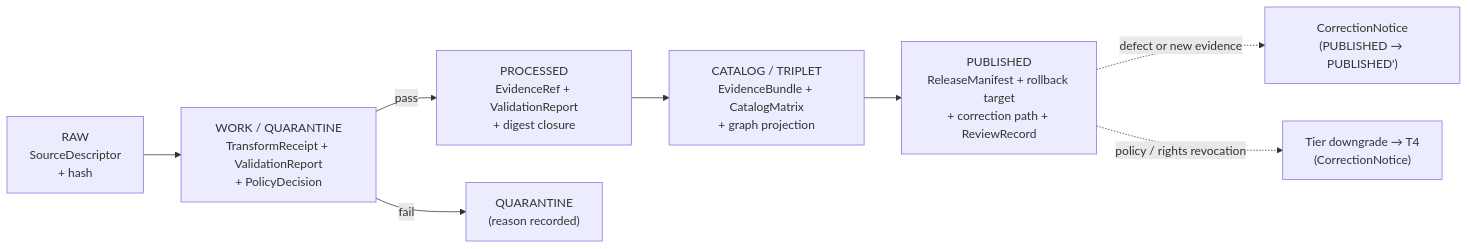
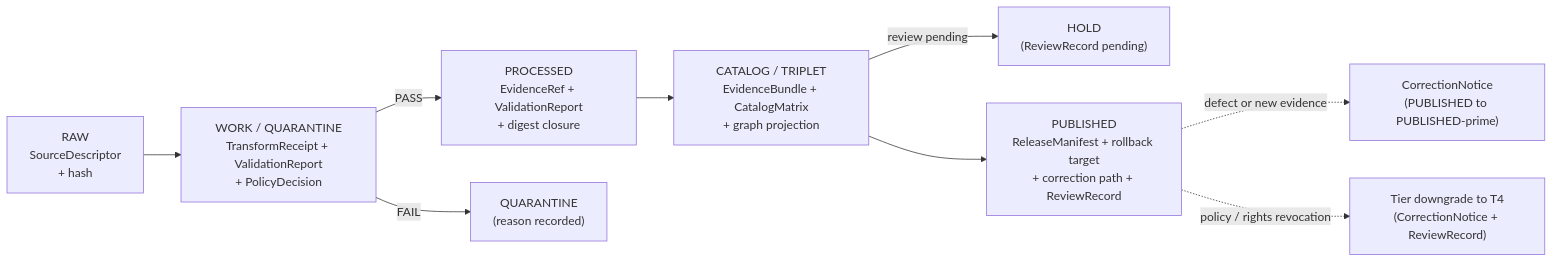
One commit to bartytime4life/Kansas-Frontier-Matrix changed the diagram in docs/domains/settlements-infrastructure/sublanes/settlements.md. Above: the diagram before and after it, drawn with Mermaid. The commit also changed other lines of this file, not shown here.

````diff
--- a/docs/domains/settlements-infrastructure/sublanes/settlements.md
+++ b/docs/domains/settlements-infrastructure/sublanes/settlements.md
@@ -284,10 +299,11 @@
 ```mermaid
 flowchart LR
   A["RAW<br/>SourceDescriptor<br/>+ hash"] --> B["WORK / QUARANTINE<br/>TransformReceipt + ValidationReport<br/>+ PolicyDecision"]
-  B -->|"pass"| C["PROCESSED<br/>EvidenceRef + ValidationReport<br/>+ digest closure"]
-  B -->|"fail"| Q["QUARANTINE<br/>(reason recorded)"]
+  B -->|"PASS"| C["PROCESSED<br/>EvidenceRef + ValidationReport<br/>+ digest closure"]
+  B -->|"FAIL"| Q["QUARANTINE<br/>(reason recorded)"]
   C --> D["CATALOG / TRIPLET<br/>EvidenceBundle + CatalogMatrix<br/>+ graph projection"]
+  D -->|"review pending"| H["HOLD<br/>(ReviewRecord pending)"]
   D --> E["PUBLISHED<br/>ReleaseManifest + rollback target<br/>+ correction path + ReviewRecord"]
-  E -.->|"defect or new evidence"| F["CorrectionNotice<br/>(PUBLISHED → PUBLISHED')"]
-  E -.->|"policy / rights revocation"| R["Tier downgrade → T4<br/>(CorrectionNotice)"]
+  E -.->|"defect or new evidence"| F["CorrectionNotice<br/>(PUBLISHED to PUBLISHED-prime)"]
+  E -.->|"policy / rights revocation"| R["Tier downgrade to T4<br/>(CorrectionNotice + ReviewRecord)"]
 ```
````
